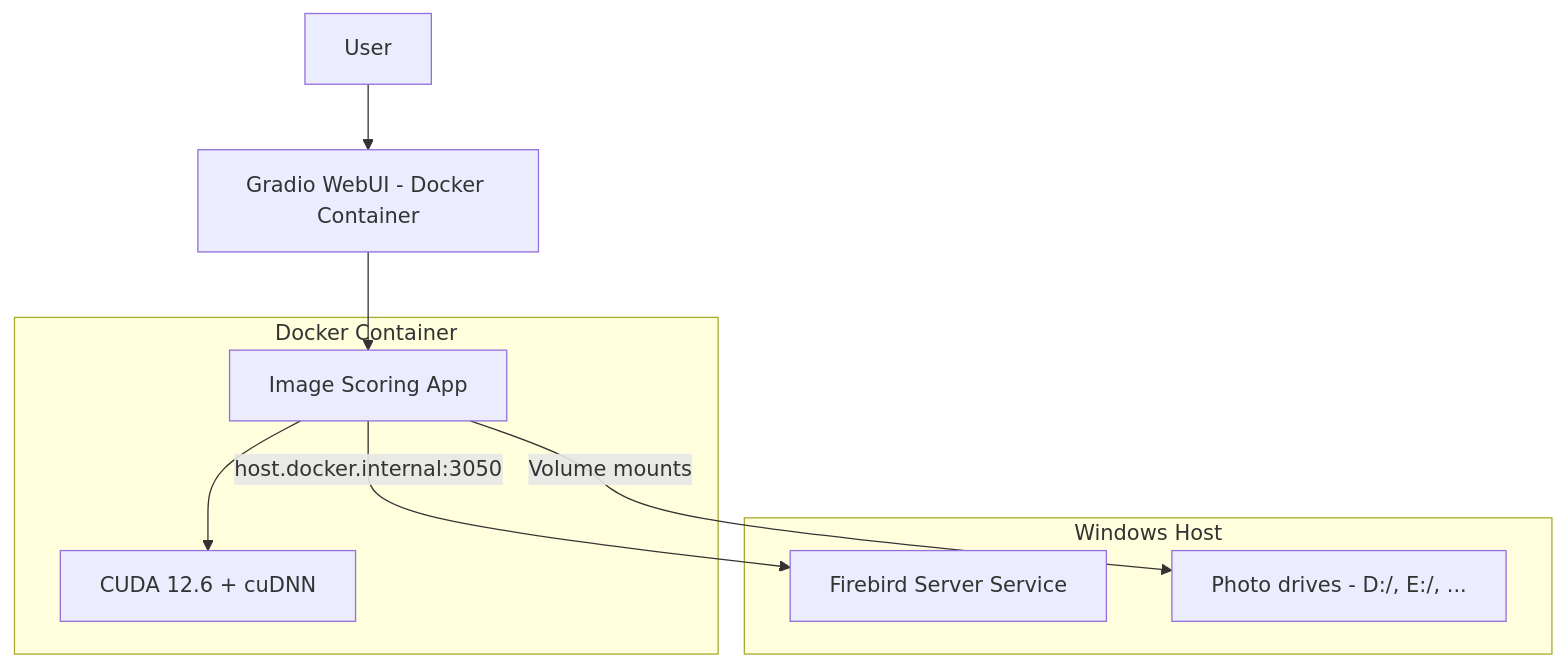
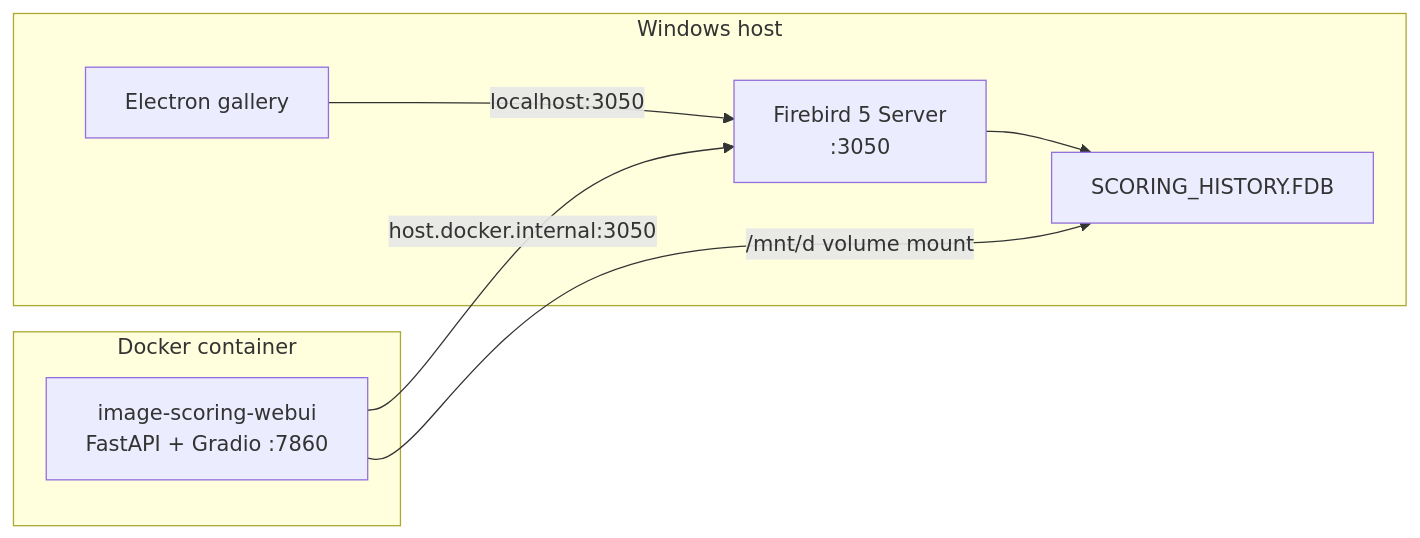
The diagram in docs/setup/DOCKER_SETUP.md (synthet/image-scoring-pipeline), drawn with Mermaid before and after one commit. The commit also changed other lines of this file and 9 other files, not shown here.

````diff
--- a/docs/setup/DOCKER_SETUP.md
+++ b/docs/setup/DOCKER_SETUP.md
@@ -114,19 +85,15 @@
 ```mermaid
-graph TD
-  User[User] --> WebUI[Gradio WebUI - Docker Container]
-
-  subgraph WindowsHost["Windows Host"]
-    FB_Service[Firebird Server Service]
-    Photos[Photo drives - D:/, E:/, ...]
-  end
-
-  subgraph Container["Docker Container"]
-    App[Image Scoring App]
-    CUDA[CUDA 12.6 + cuDNN]
-    App --> CUDA
-  end
-
-  WebUI --> App
-  App -->|host.docker.internal:3050| FB_Service
-  App -->|Volume mounts| Photos
+flowchart LR
+    subgraph docker [Docker container]
+        webui["image-scoring-webui\nFastAPI + Gradio :7860"]
+    end
+    subgraph windows [Windows host]
+        fb["Firebird 5 Server\n:3050"]
+        fdb["SCORING_HISTORY.FDB"]
+        electron["Electron gallery"]
+    end
+    webui -->|"host.docker.internal:3050"| fb
+    electron -->|"localhost:3050"| fb
+    fb --> fdb
+    webui -->|"/mnt/d volume mount"| fdb
 ```
````
